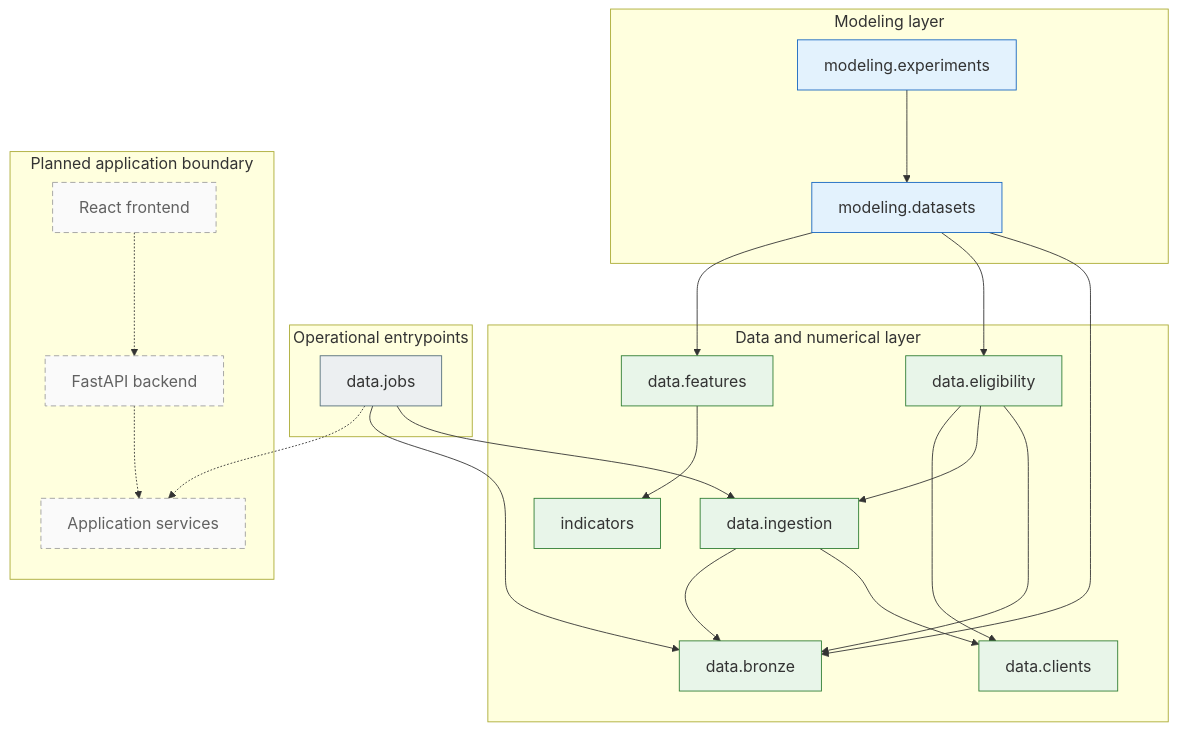
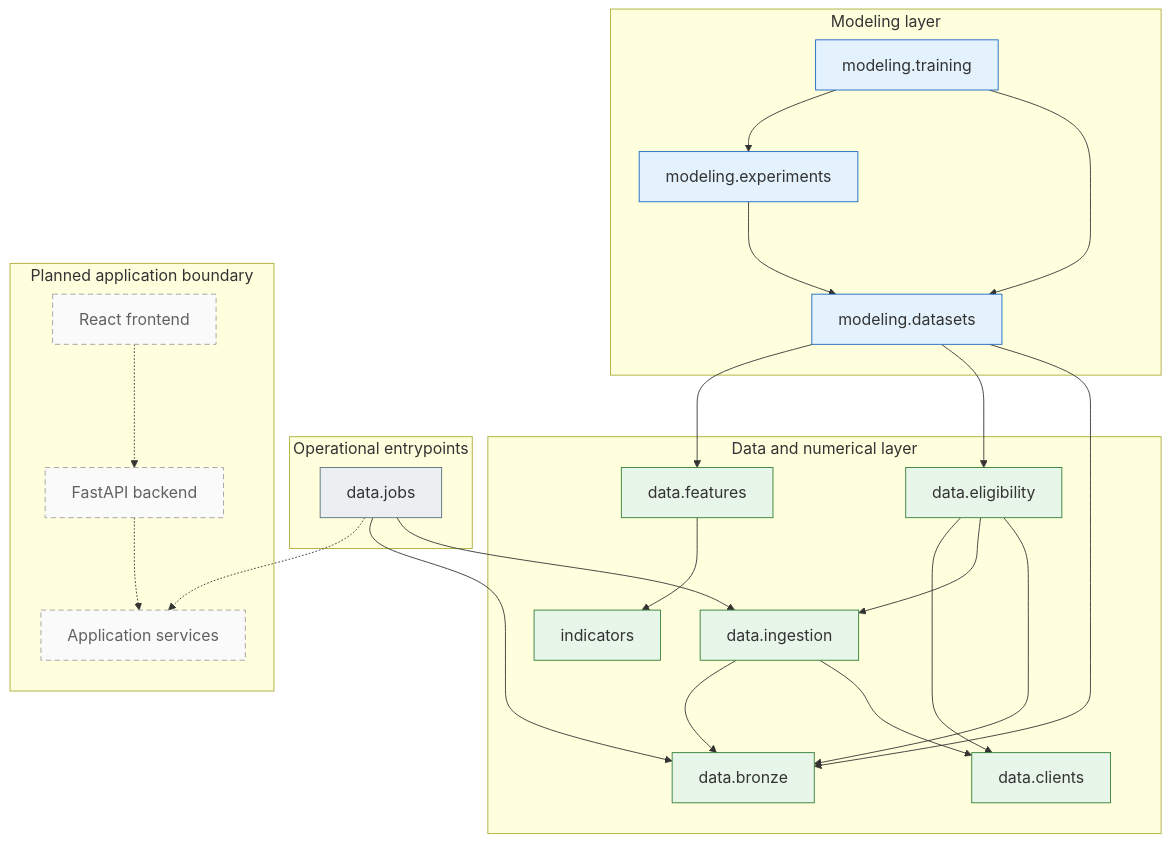
Before and after one commit to Frallmeister/swingtrader-app: the third of 3 diagrams in docs/architecture/overview.md, drawn with Mermaid. The commit also changed other lines of this file and 34 other files, not shown here.

````diff
--- a/docs/architecture/overview.md
+++ b/docs/architecture/overview.md
@@ -96,52 +103,53 @@
 ```mermaid
 %%{init: {"themeVariables": {"fontSize": "18px"}, "flowchart": {"nodeSpacing": 45, "rankSpacing": 70}}}%%
 flowchart TB
     subgraph entrypoints["Operational entrypoints"]
         jobs["data.jobs"]
     end
-
     subgraph data["Data and numerical layer"]
         clients["data.clients"]
         ingestion["data.ingestion"]
         bronze["data.bronze"]
         eligibility["data.eligibility"]
         indicators["indicators"]
         features["data.features"]
     end
 
     subgraph modeling["Modeling layer"]
         datasets["modeling.datasets"]
         experiments["modeling.experiments"]
+        training["modeling.training"]
     end
-
     subgraph application["Planned application boundary"]
         services["Application services"]
         api["FastAPI backend"]
         frontend["React frontend"]
     end
 
     jobs --> ingestion
     jobs --> bronze
     jobs -.-> services
     ingestion --> clients
     ingestion --> bronze
     eligibility --> bronze
     eligibility --> ingestion
     eligibility --> clients
     features --> indicators
     datasets --> bronze
     datasets --> eligibility
     datasets --> features
     experiments --> datasets
+    training --> datasets
+    training --> experiments
     api -.-> services
     frontend -.-> api
 
     classDef entry fill:#eceff1,stroke:#546e7a
     classDef dataNode fill:#e8f5e9,stroke:#2e7d32
     classDef modelNode fill:#e3f2fd,stroke:#1565c0
     classDef planned fill:#fafafa,stroke:#9e9e9e,color:#616161,stroke-dasharray:6 4
     class jobs entry
     class clients,ingestion,bronze,eligibility,indicators,features dataNode
-    class datasets,experiments modelNode
+    class datasets,experiments,training modelNode
     class services,api,frontend planned
 ```
````
